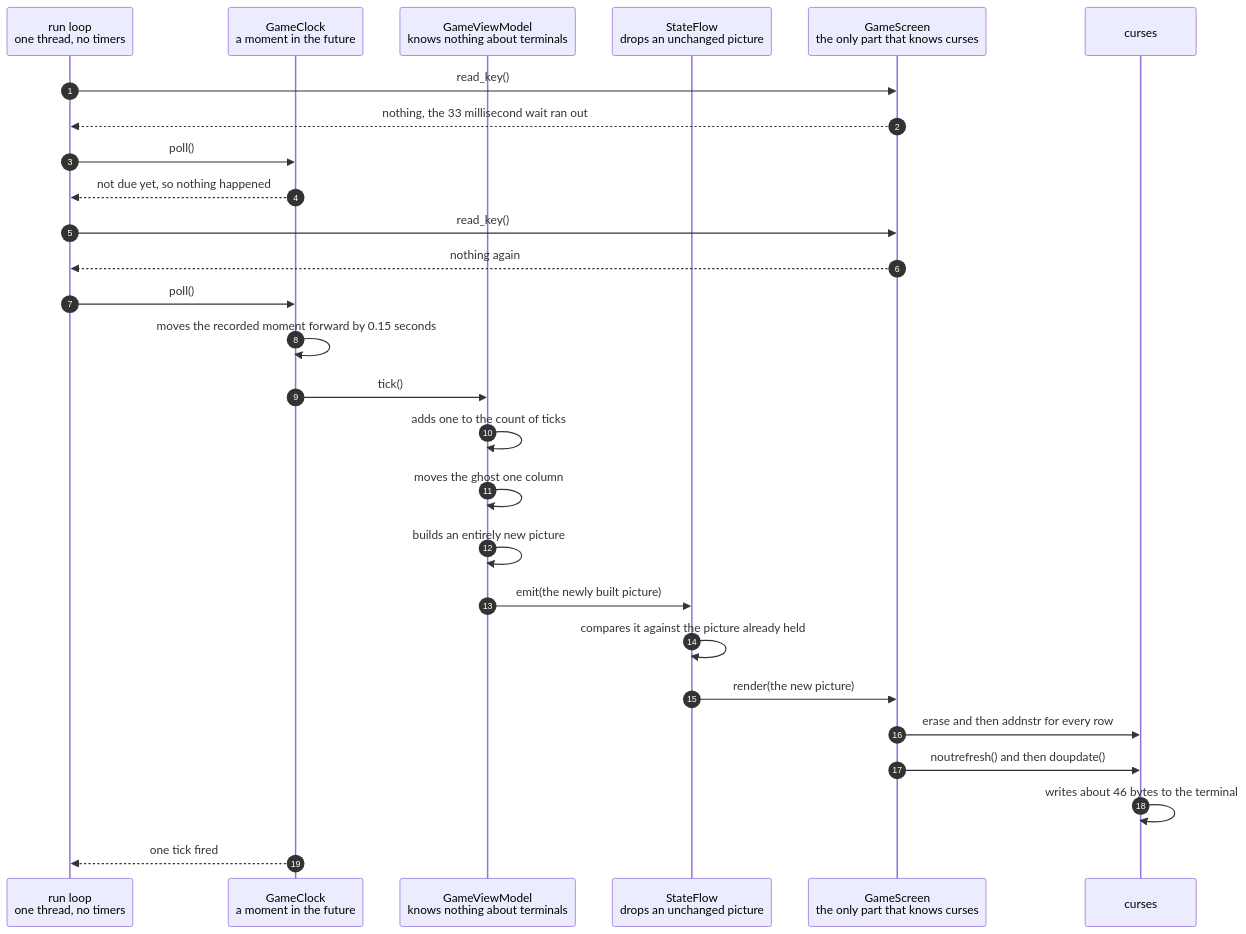
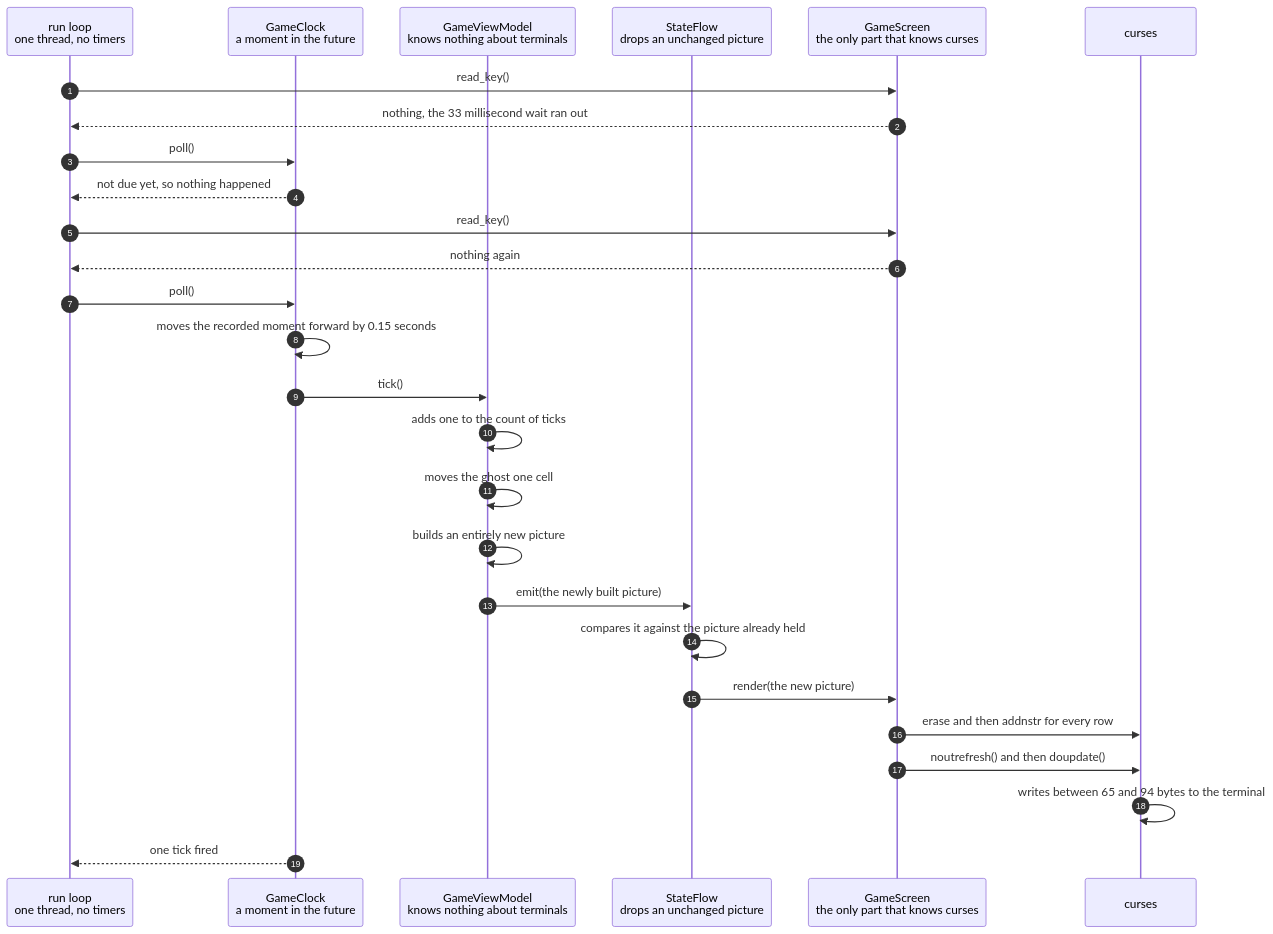
The diagram in docs/a-clock-tick-moves-the-ghost-and-repaints-the-screen.md (replicant1/TerminalGame), drawn with Mermaid before and after one commit. The commit also changed other lines of this file and 10 other files, not shown here.

````diff
--- a/docs/a-clock-tick-moves-the-ghost-and-repaints-the-screen.md
+++ b/docs/a-clock-tick-moves-the-ghost-and-repaints-the-screen.md
@@ -47,30 +47,30 @@
 ```mermaid
 sequenceDiagram
     autonumber
     participant Main as run loop<br/>one thread, no timers
     participant Clock as GameClock<br/>a moment in the future
     participant ViewModel as GameViewModel<br/>knows nothing about terminals
     participant Flow as StateFlow<br/>drops an unchanged picture
     participant Screen as GameScreen<br/>the only part that knows curses
     participant Curses as curses
 
     Main->>Screen: read_key()
     Screen-->>Main: nothing, the 33 millisecond wait ran out
     Main->>Clock: poll()
     Clock-->>Main: not due yet, so nothing happened
     Main->>Screen: read_key()
     Screen-->>Main: nothing again
     Main->>Clock: poll()
     Clock->>Clock: moves the recorded moment forward by 0.15 seconds
     Clock->>ViewModel: tick()
     ViewModel->>ViewModel: adds one to the count of ticks
-    ViewModel->>ViewModel: moves the ghost one column
+    ViewModel->>ViewModel: moves the ghost one cell
     ViewModel->>ViewModel: builds an entirely new picture
     ViewModel->>Flow: emit(the newly built picture)
     Flow->>Flow: compares it against the picture already held
     Flow->>Screen: render(the new picture)
     Screen->>Curses: erase and then addnstr for every row
     Screen->>Curses: noutrefresh() and then doupdate()
-    Curses->>Curses: writes about 46 bytes to the terminal
+    Curses->>Curses: writes between 65 and 94 bytes to the terminal
     Clock-->>Main: one tick fired
 ```
````
